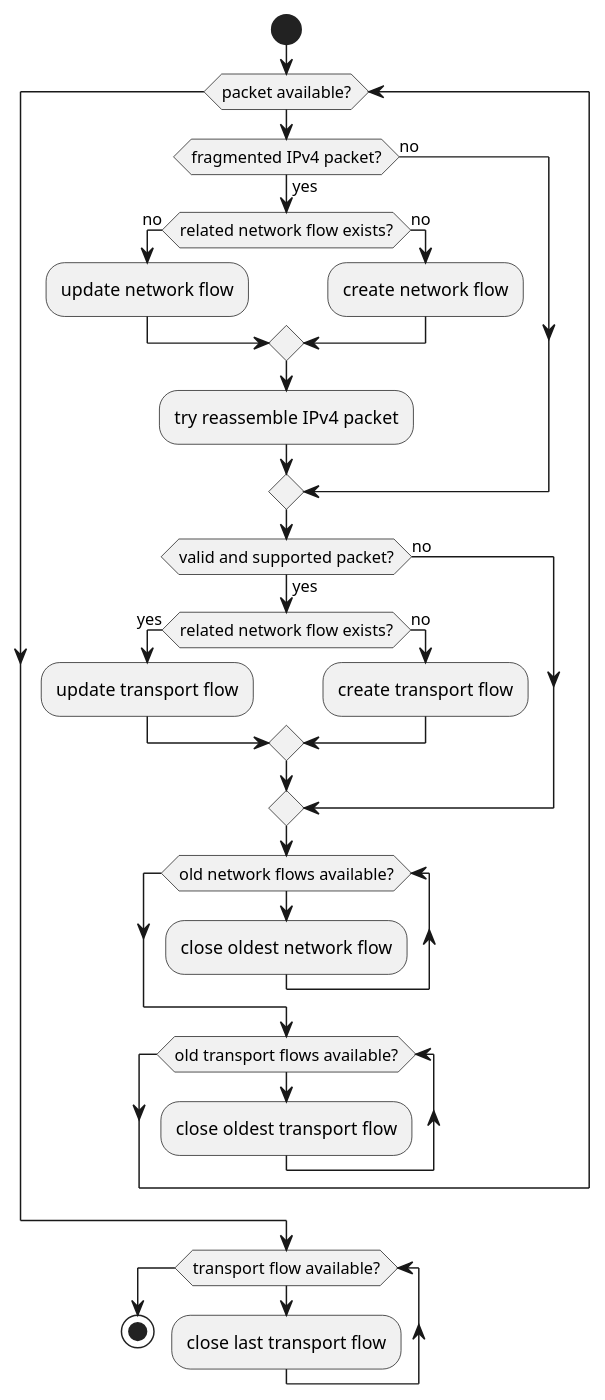
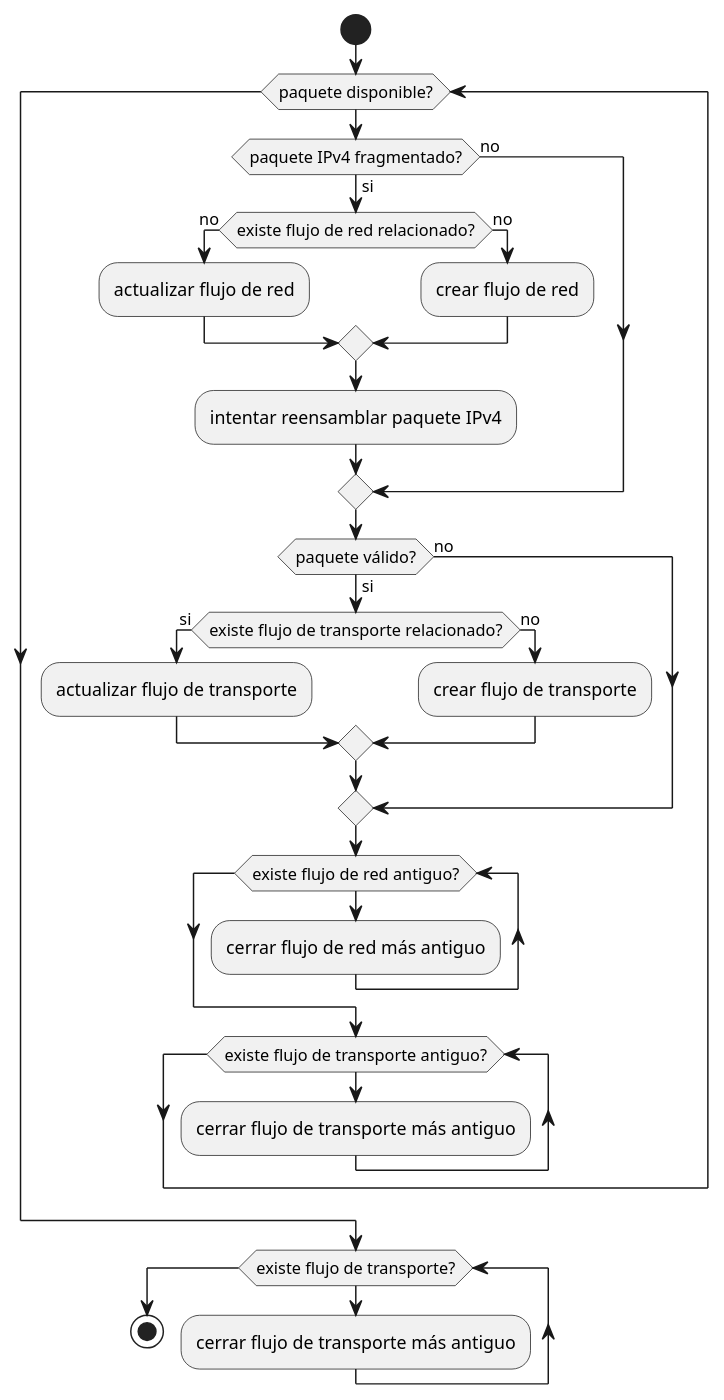
The diagram in report/plant_uml_diagrams/general_tool_loop.plantuml (RabadanDotDev/tfg), drawn with PlantUML before and after one commit. The commit also changed 3 other files, not shown here.

```diff
--- a/report/plant_uml_diagrams/general_tool_loop.plantuml
+++ b/report/plant_uml_diagrams/general_tool_loop.plantuml
@@ -1,40 +1,40 @@
 @startuml
 
 start
-while (packet available?)
-  if (fragmented IPv4 packet?) then (yes)
+while (paquete disponible?)
+  if (paquete IPv4 fragmentado?) then (si)
 
-    if (related network flow exists?) then (no)
-      :update network flow;
+    if (existe flujo de red relacionado?) then (no)
+      :actualizar flujo de red;
     else (no)
-      :create network flow;
+      :crear flujo de red;
     endif
     
-    :try reassemble IPv4 packet;
+    :intentar reensamblar paquete IPv4;
   else (no)
   endif
 
-  if (valid and supported packet?) then (yes)
-    if (related network flow exists?) then (yes)
-      :update transport flow;
+  if (paquete válido?) then (si)
+    if (existe flujo de transporte relacionado?) then (si)
+      :actualizar flujo de transporte;
     else (no)
-      :create transport flow;
+      :crear flujo de transporte;
     endif
   else (no)
   endif
 
-  while (old network flows available?)
-    :close oldest network flow;
+  while (existe flujo de red antiguo?)
+    :cerrar flujo de red más antiguo;
   endwhile
 
-  while (old transport flows available?)
-    :close oldest transport flow;
+  while (existe flujo de transporte antiguo?)
+    :cerrar flujo de transporte más antiguo;
   endwhile
 endwhile
 
-while (transport flow available?)
-  :close last transport flow;
+while (existe flujo de transporte?)
+  :cerrar flujo de transporte más antiguo;
 endwhile
 
 stop
 @enduml
```
